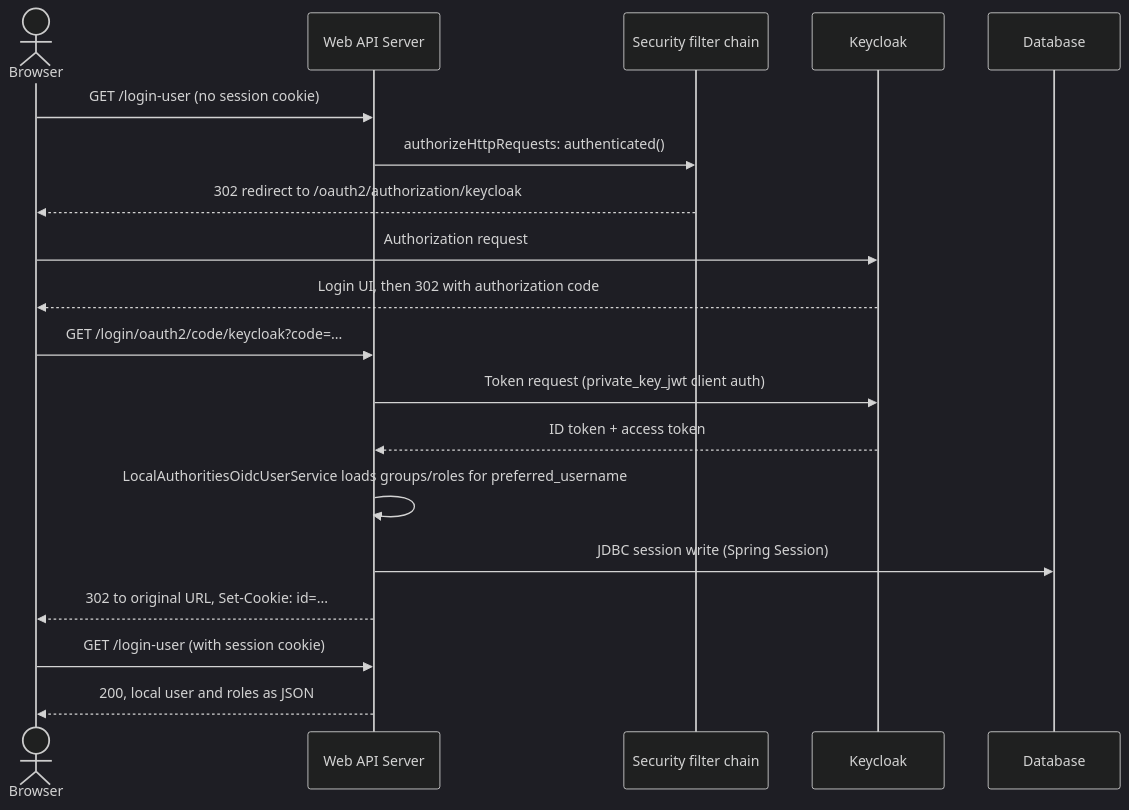
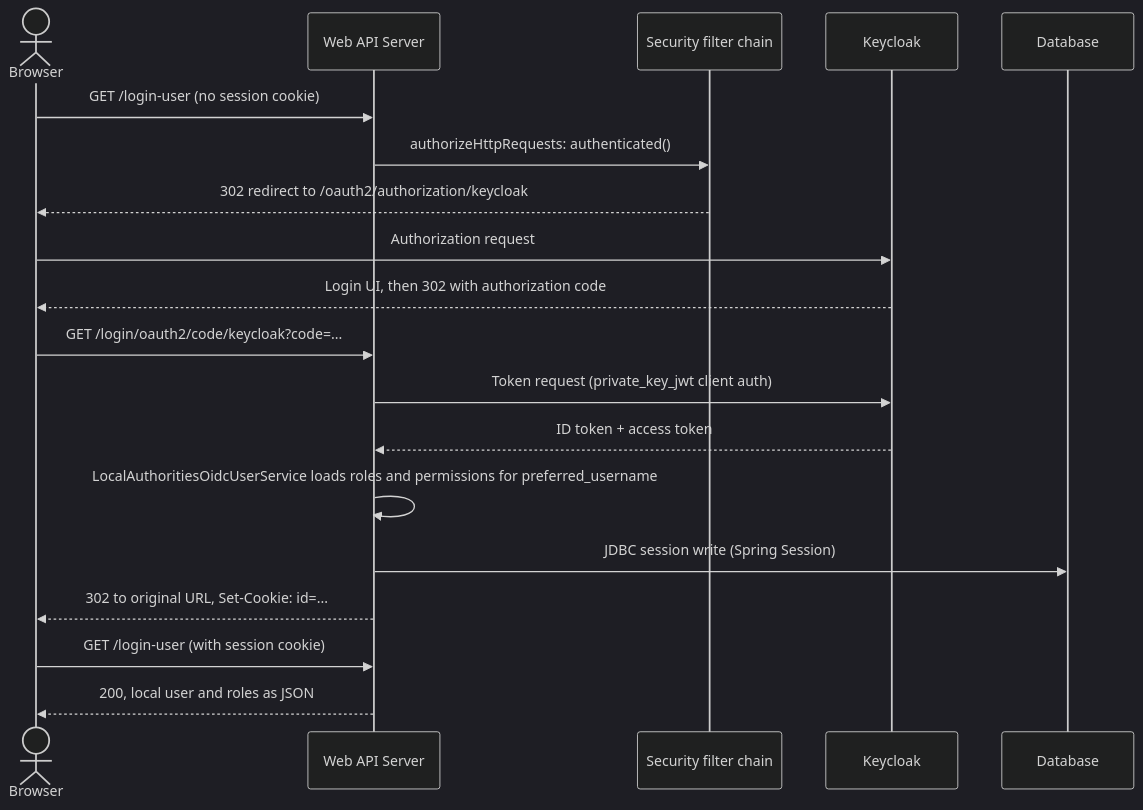
Before and after one commit to justin-tay/java-app-web-api-server-template: the first of 4 diagrams in docs/system-design/06-runtime-view.md, drawn with Mermaid (dark theme). The commit also changed other lines of this file and 29 other files, not shown here.

````diff
--- a/docs/system-design/06-runtime-view.md
+++ b/docs/system-design/06-runtime-view.md
@@ -10,22 +10,22 @@
 ```mermaid
 sequenceDiagram
     actor Browser
     participant App as Web API Server
     participant Sec as Security filter chain
     participant KC as Keycloak
     participant DB as Database
 
     Browser->>App: GET /login-user (no session cookie)
     App->>Sec: authorizeHttpRequests: authenticated()
     Sec-->>Browser: 302 redirect to /oauth2/authorization/keycloak
     Browser->>KC: Authorization request
     KC-->>Browser: Login UI, then 302 with authorization code
     Browser->>App: GET /login/oauth2/code/keycloak?code=...
     App->>KC: Token request (private_key_jwt client auth)
     KC-->>App: ID token + access token
-    App->>App: LocalAuthoritiesOidcUserService loads groups/roles for preferred_username
+    App->>App: LocalAuthoritiesOidcUserService loads roles and permissions for preferred_username
     App->>DB: JDBC session write (Spring Session)
     App-->>Browser: 302 to original URL, Set-Cookie: id=...
     Browser->>App: GET /login-user (with session cookie)
     App-->>Browser: 200, local user and roles as JSON
 ```
````
